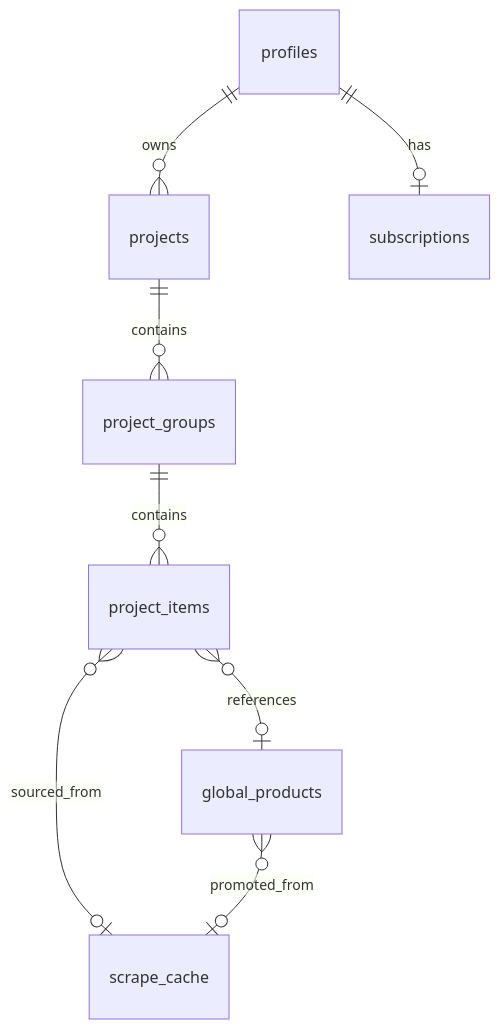
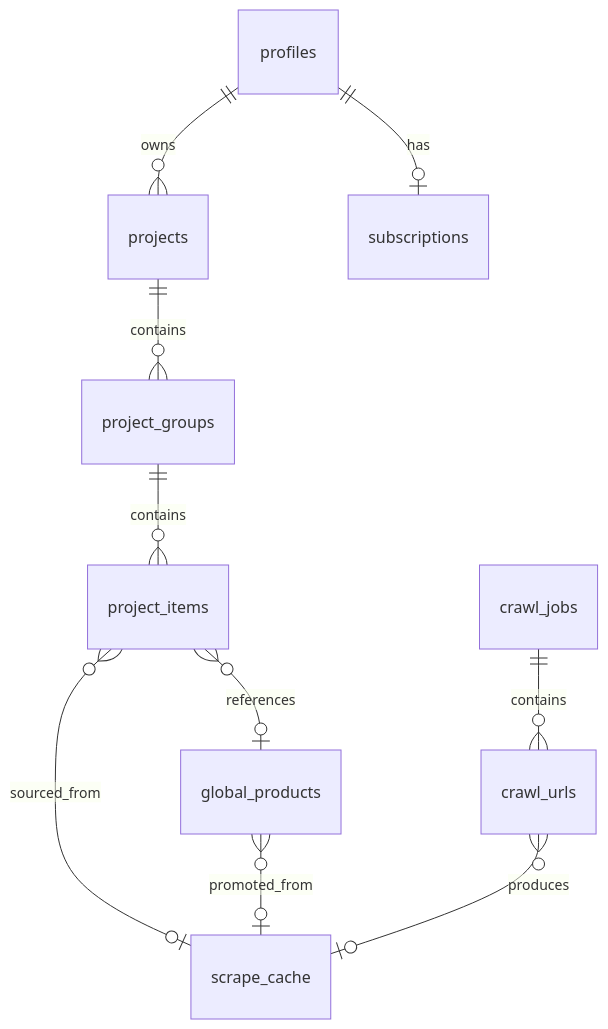
Before and after one commit to imaanbrar/speclyy: the diagram in docs/architecture/database.md, drawn with Mermaid. The commit also changed other lines of this file and 7 other files, not shown here.

````diff
--- a/docs/architecture/database.md
+++ b/docs/architecture/database.md
@@ -9,10 +9,12 @@
 ```mermaid
 erDiagram
   profiles ||--o{ projects : owns
   profiles ||--o| subscriptions : has
   projects ||--o{ project_groups : contains
   project_groups ||--o{ project_items : contains
   project_items }o--o| global_products : references
   project_items }o--o| scrape_cache : sourced_from
   global_products }o--o| scrape_cache : promoted_from
+  crawl_jobs ||--o{ crawl_urls : contains
+  crawl_urls }o--o| scrape_cache : produces
 ```
````
